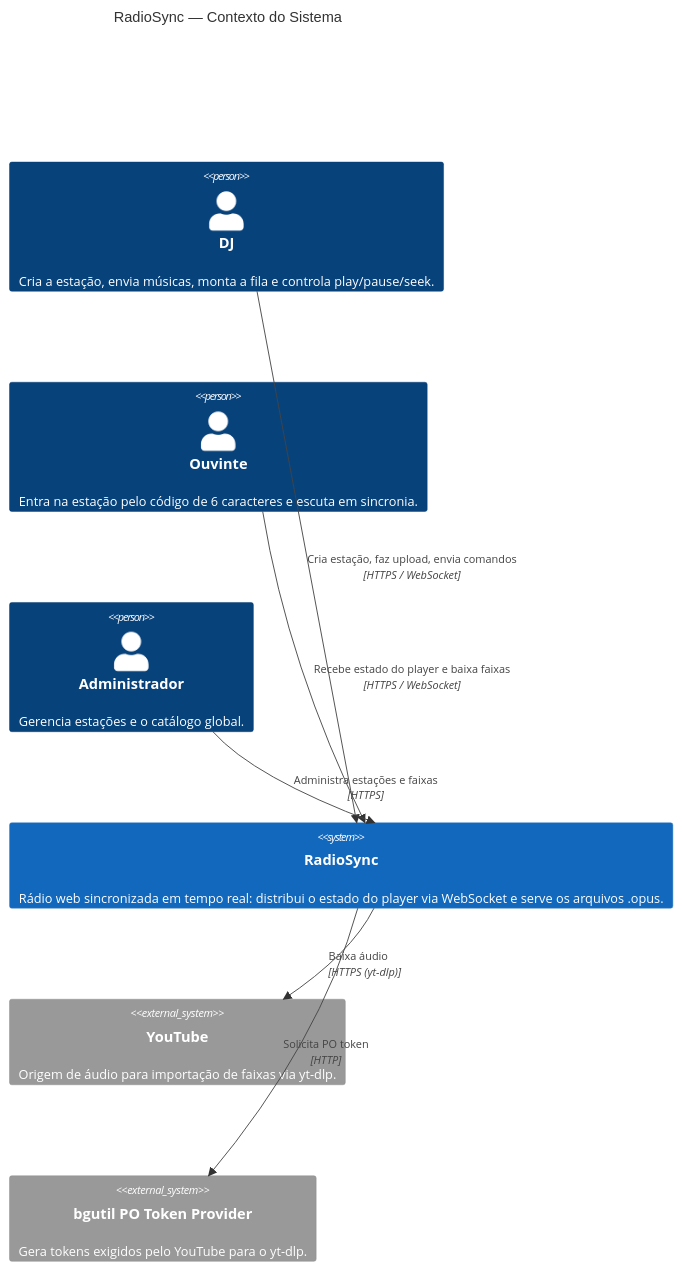
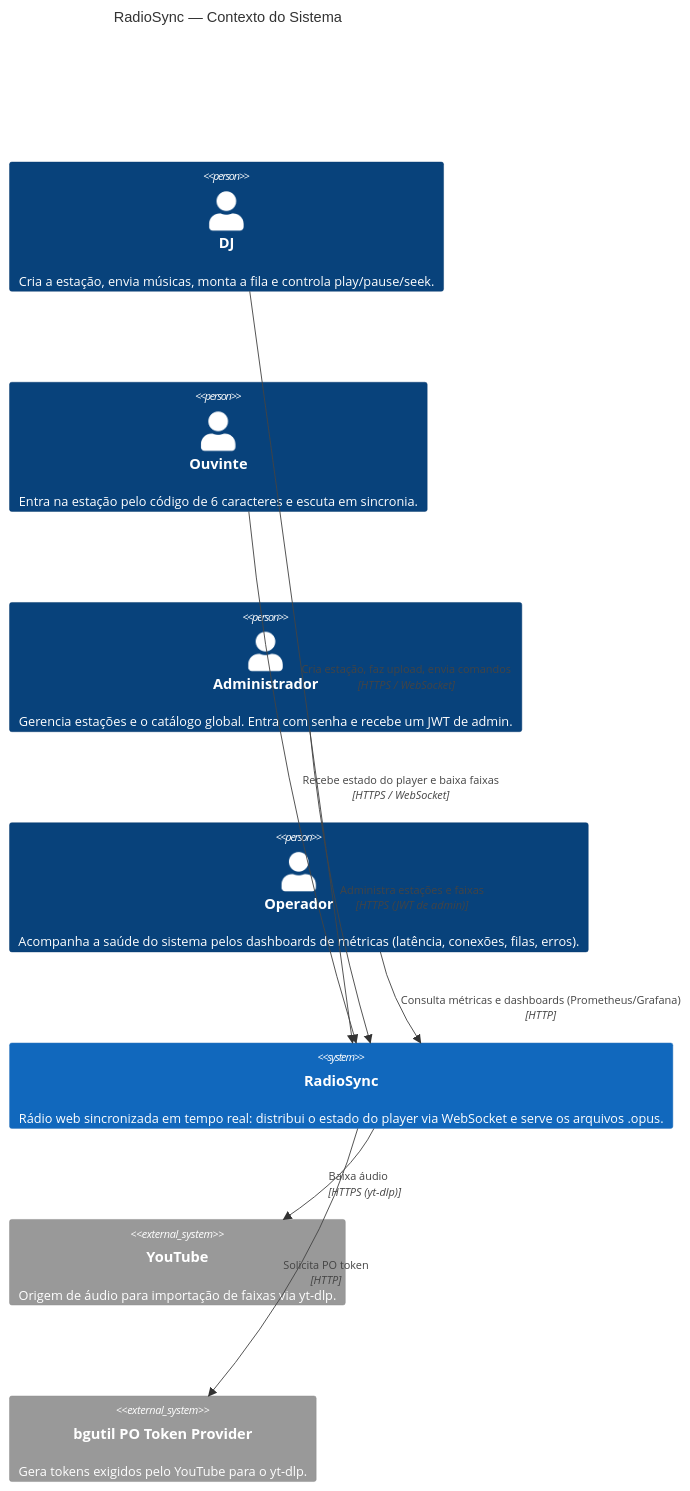
One commit to LPfontes/RadioSync changed the diagram in docs/c4/01-contexto.md. Above: the diagram before and after it, drawn with Mermaid. The commit also changed other lines of this file, not shown here.

Commit message:
docs(c4): contexto atualizado — admin com JWT (não mais sem autenticação) e operador de métricas

````diff
--- a/docs/c4/01-contexto.md
+++ b/docs/c4/01-contexto.md
@@ -5,21 +5,23 @@
 ```mermaid
 C4Context
     title RadioSync — Contexto do Sistema
 
     Person(dj, "DJ", "Cria a estação, envia músicas, monta a fila e controla play/pause/seek.")
     Person(ouvinte, "Ouvinte", "Entra na estação pelo código de 6 caracteres e escuta em sincronia.")
-    Person(admin, "Administrador", "Gerencia estações e o catálogo global.")
+    Person(admin, "Administrador", "Gerencia estações e o catálogo global. Entra com senha e recebe um JWT de admin.")
+    Person(operador, "Operador", "Acompanha a saúde do sistema pelos dashboards de métricas (latência, conexões, filas, erros).")
 
     System(radiosync, "RadioSync", "Rádio web sincronizada em tempo real: distribui o estado do player via WebSocket e serve os arquivos .opus.")
 
     System_Ext(youtube, "YouTube", "Origem de áudio para importação de faixas via yt-dlp.")
     System_Ext(potprovider, "bgutil PO Token Provider", "Gera tokens exigidos pelo YouTube para o yt-dlp.")
 
     Rel(dj, radiosync, "Cria estação, faz upload, envia comandos", "HTTPS / WebSocket")
     Rel(ouvinte, radiosync, "Recebe estado do player e baixa faixas", "HTTPS / WebSocket")
-    Rel(admin, radiosync, "Administra estações e faixas", "HTTPS")
+    Rel(admin, radiosync, "Administra estações e faixas", "HTTPS (JWT de admin)")
+    Rel(operador, radiosync, "Consulta métricas e dashboards (Prometheus/Grafana)", "HTTP")
     Rel(radiosync, youtube, "Baixa áudio", "HTTPS (yt-dlp)")
     Rel(radiosync, potprovider, "Solicita PO token", "HTTP")
 
-    UpdateLayoutConfig($c4ShapeInRow="3", $c4BoundaryInRow="1")
+    UpdateLayoutConfig($c4ShapeInRow="4", $c4BoundaryInRow="1")
 ```
````
